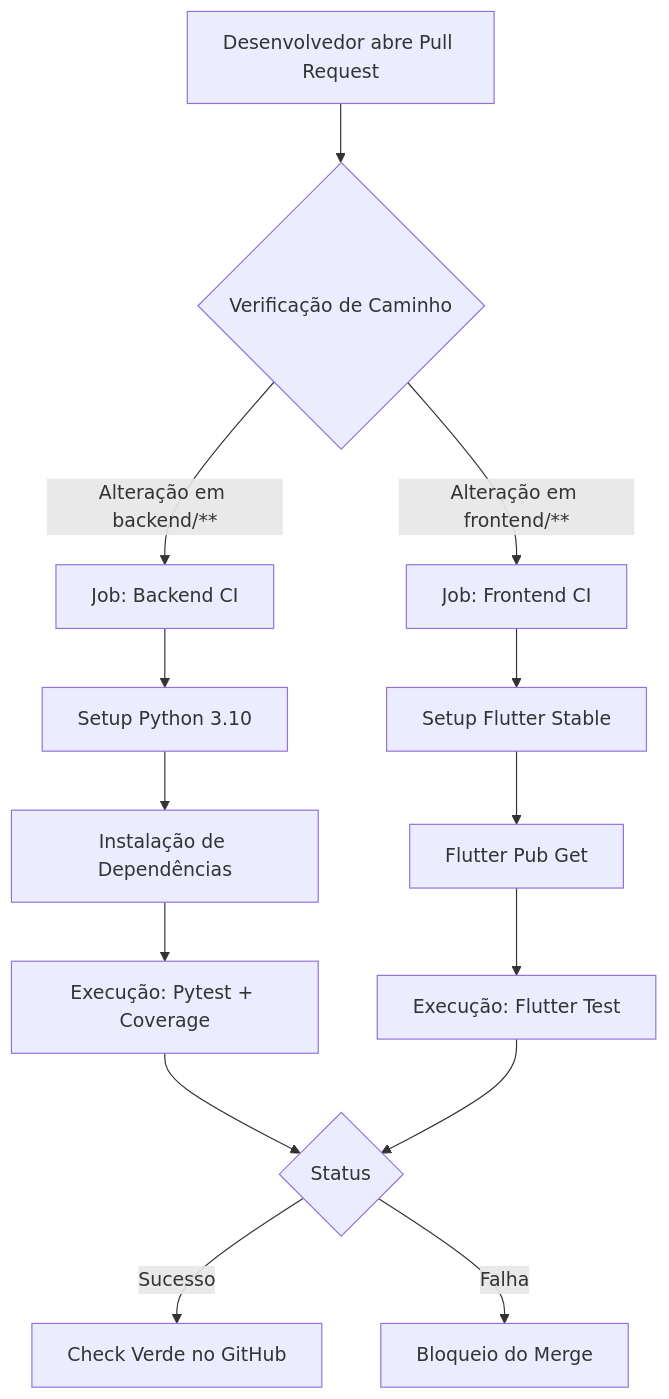
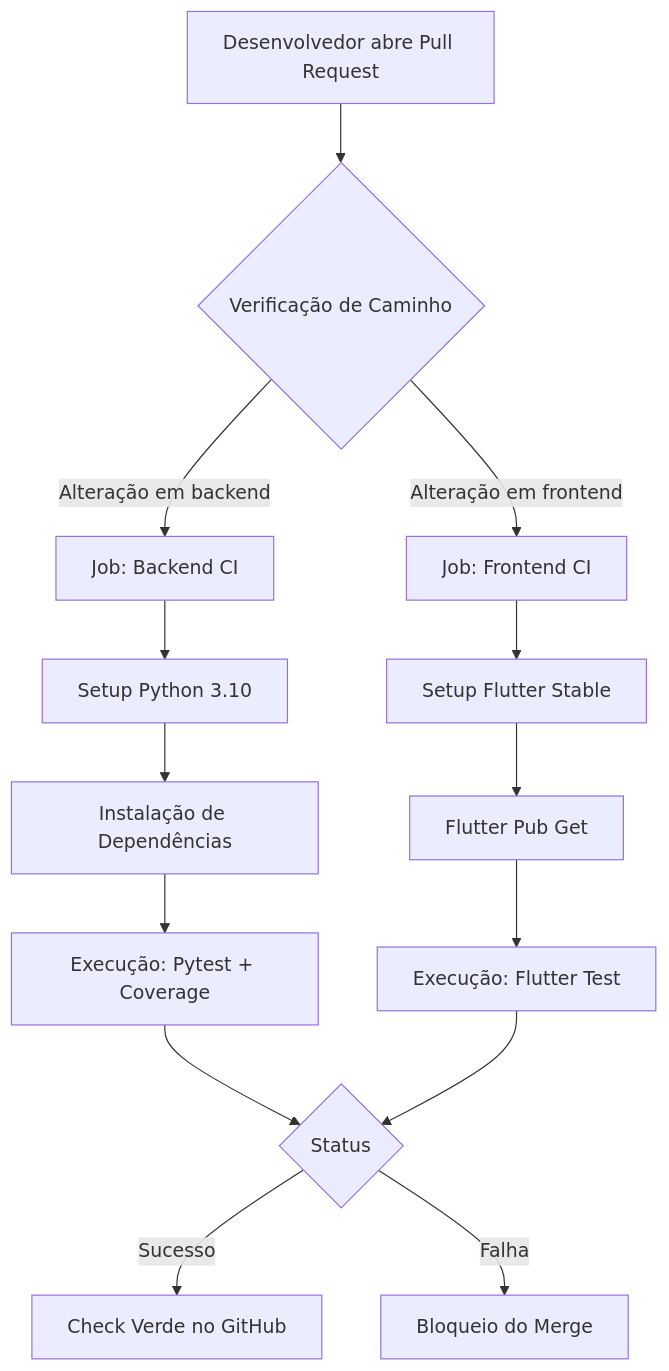
Before and after one commit to unb-mds/2025-2-Lumina: the first of 2 diagrams in docs/documentações/DevOps.md, drawn with Mermaid.

Commit message:
Atualiza DevOps.md

````diff
--- a/docs/documentações/DevOps.md
+++ b/docs/documentações/DevOps.md
@@ -48,19 +48,19 @@
 ```mermaid
 graph TD
     A[Desenvolvedor abre Pull Request] --> B{Verificação de Caminho}
     
-    B -- "Alteração em backend/**" --> C[Job: Backend CI]
+    B -- "Alteração em backend" --> C[Job: Backend CI]
     C --> C1[Setup Python 3.10]
     C1 --> C2[Instalação de Dependências]
     C2 --> C3[Execução: Pytest + Coverage]
     C3 --> D{Status}
 
-    B -- "Alteração em frontend/**" --> E[Job: Frontend CI]
+    B -- "Alteração em frontend" --> E[Job: Frontend CI]
     E --> E1[Setup Flutter Stable]
     E1 --> E2[Flutter Pub Get]
     E2 --> E3[Execução: Flutter Test]
     E3 --> D
 
     D -- Sucesso --> F[Check Verde no GitHub]
     D -- Falha --> G[Bloqueio do Merge]
 ```
````
